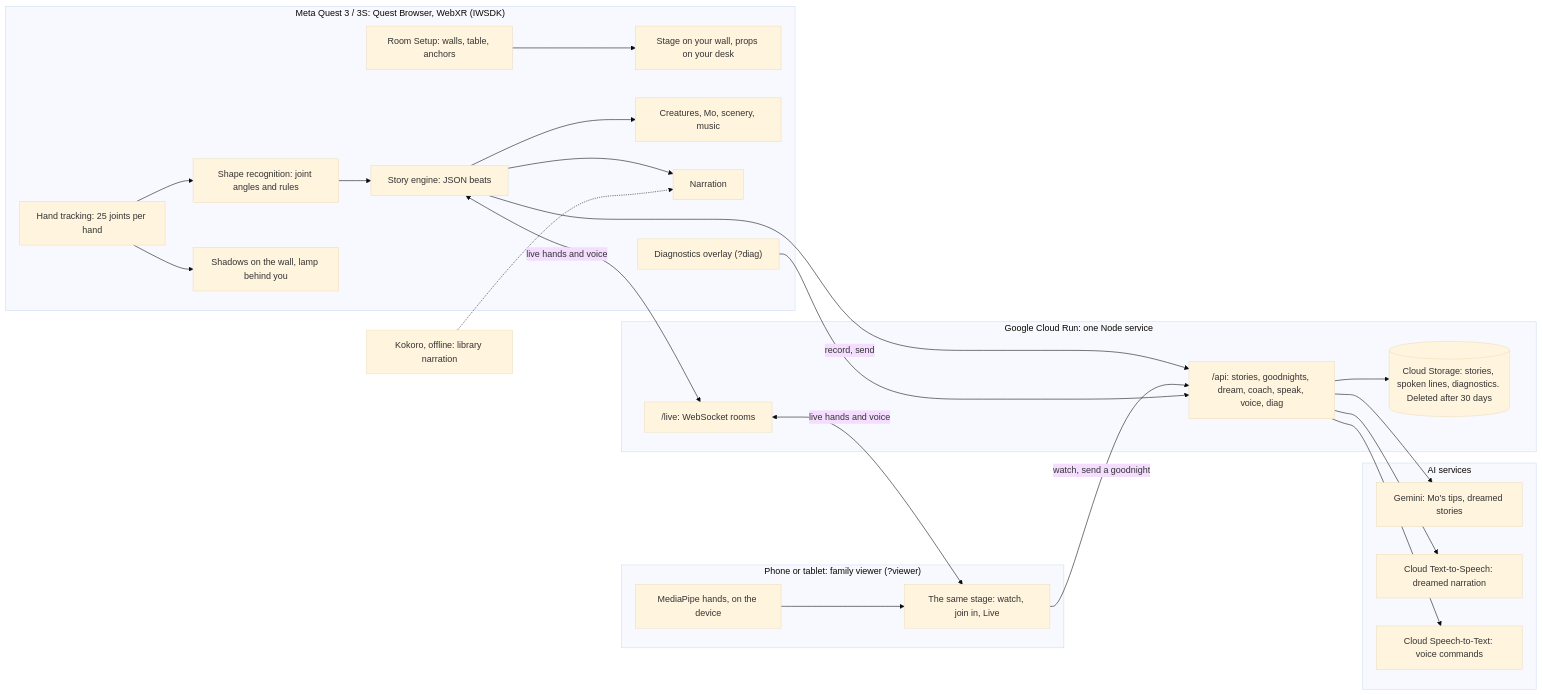
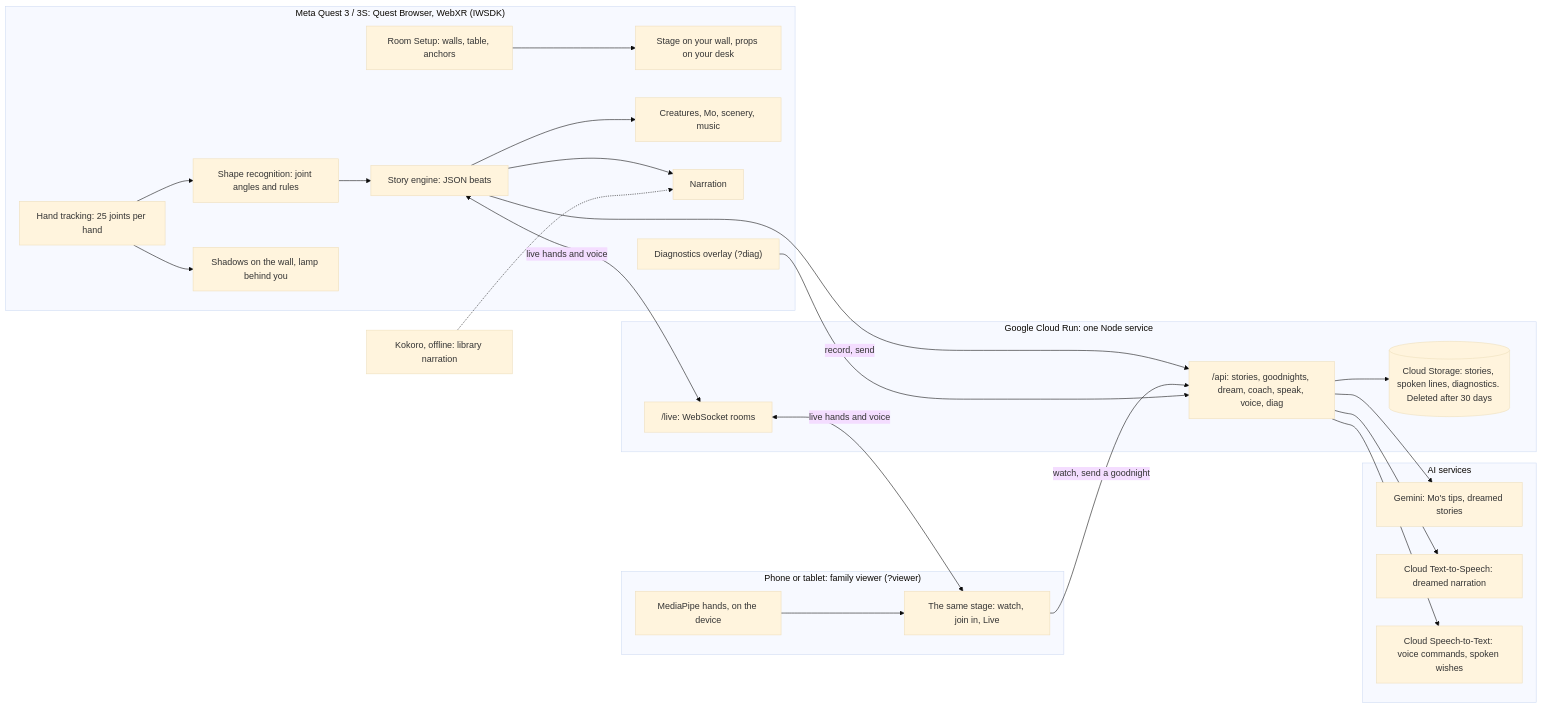
Before and after one commit to 4KInc/bedtime-across-the-world: the second of 2 diagrams in README.md, drawn with Mermaid (base theme). The commit also changed other lines of this file and 3 other files, not shown here.

````diff
--- a/README.md
+++ b/README.md
@@ -422,35 +422,35 @@
 ```mermaid
 flowchart LR
   subgraph Q["Meta Quest 3 / 3S: Quest Browser, WebXR (IWSDK)"]
     HT["Hand tracking: 25 joints per hand"] --> REC["Shape recognition: joint angles and rules"]
     HT --> SHD["Shadows on the wall, lamp behind you"]
     RS["Room Setup: walls, table, anchors"] --> STG["Stage on your wall, props on your desk"]
     REC --> ST["Story engine: JSON beats"]
     ST --> FX["Creatures, Mo, scenery, music"]
     ST --> NAR["Narration"]
     DG["Diagnostics overlay (?diag)"]
   end
   subgraph V["Phone or tablet: family viewer (?viewer)"]
     MP["MediaPipe hands, on the device"] --> VS["The same stage: watch, join in, Live"]
   end
   subgraph S["Google Cloud Run: one Node service"]
     API["/api: stories, goodnights, dream, coach, speak, voice, diag"]
     LV["/live: WebSocket rooms"]
     GCS[("Cloud Storage: stories, spoken lines, diagnostics. Deleted after 30 days")]
   end
   subgraph AI["AI services"]
     GEM["Gemini: Mo's tips, dreamed stories"]
     TTS["Cloud Text-to-Speech: dreamed narration"]
-    STT["Cloud Speech-to-Text: voice commands"]
+    STT["Cloud Speech-to-Text: voice commands, spoken wishes"]
   end
   KK["Kokoro, offline: library narration"] -.-> NAR
   ST -- "record, send" --> API
   VS -- "watch, send a goodnight" --> API
   ST <-->|live hands and voice| LV
   LV <-->|live hands and voice| VS
   DG --> API
   API --> GCS
   API --> GEM
   API --> TTS
   API --> STT
 ```
````
